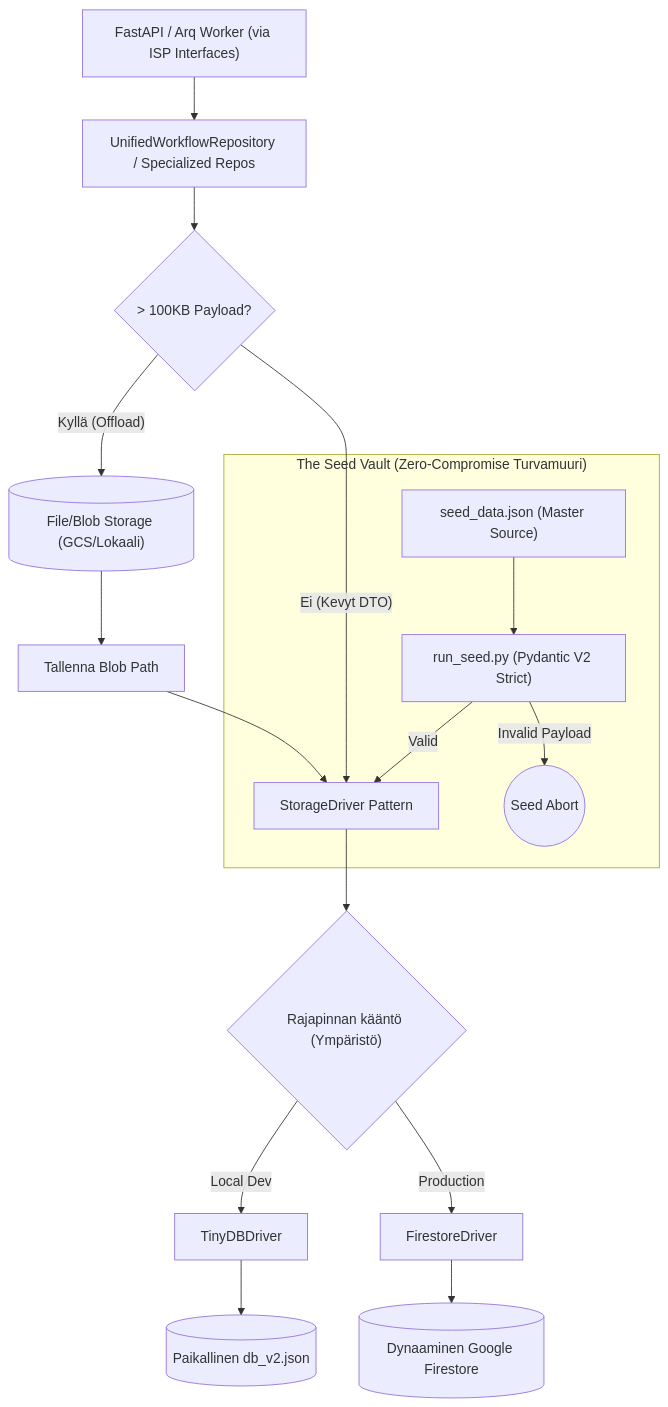
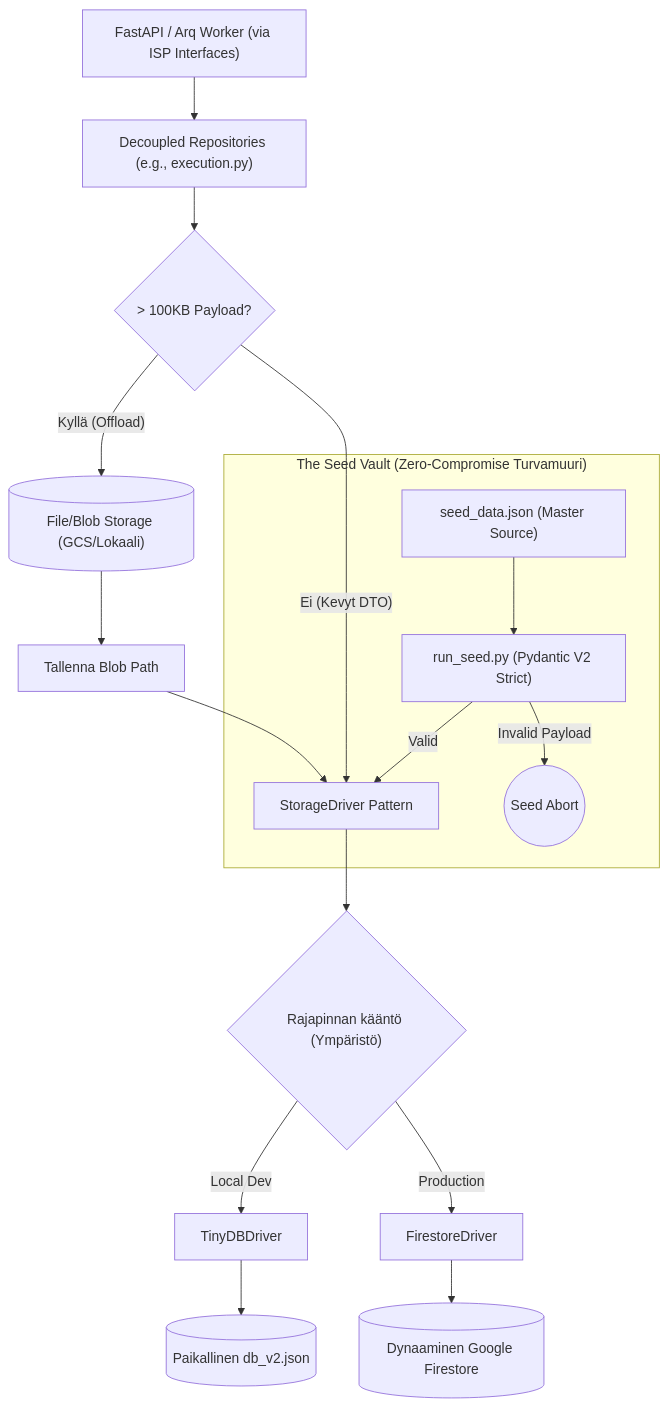
Before and after one commit to launis/quorum: the diagram in docs/architecture/05_data_persistence_and_seeding.md, drawn with Mermaid. The commit also changed other lines of this file and 9 other files, not shown here.

Commit message:
docs: add comprehensive Flutter desktop-first architecture and development standards documentation

````diff
--- a/docs/architecture/05_data_persistence_and_seeding.md
+++ b/docs/architecture/05_data_persistence_and_seeding.md
@@ -15,25 +17,25 @@
 ```mermaid
 flowchart TD
-    API["FastAPI / Arq Worker (via ISP Interfaces)"] --> Repo["UnifiedWorkflowRepository / Specialized Repos"]
+    API["FastAPI / Arq Worker (via ISP Interfaces)"] --> Repo["Decoupled Repositories (e.g., execution.py)"]
     
     Repo --> Check{"> 100KB Payload?"}
     
     Check -- "Kyllä (Offload)" --> BlobStorage[("File/Blob Storage (GCS/Lokaali)")]
     BlobStorage --> Path["Tallenna Blob Path"]
     Path --> Driver
     
     Check -- "Ei (Kevyt DTO)" --> Driver["StorageDriver Pattern"]
     
     Driver --> Envs{"Rajapinnan kääntö (Ympäristö)"}
     Envs -- "Local Dev" --> Tiny["TinyDBDriver"]
     Envs -- "Production" --> Fire["FirestoreDriver"]
     
     Tiny --> DB1[("Paikallinen db_v2.json")]
     Fire --> DB2[("Dynaaminen Google Firestore")]
 
     subgraph SeedVault ["The Seed Vault (Zero-Compromise Turvamuuri)"]
         SeedData["seed_data.json (Master Source)"] --> SeedRunner["run_seed.py (Pydantic V2 Strict)"]
         SeedRunner -->|Valid| Driver
         SeedRunner -->|Invalid Payload| Crash((Seed Abort))
     end
 ```
````
